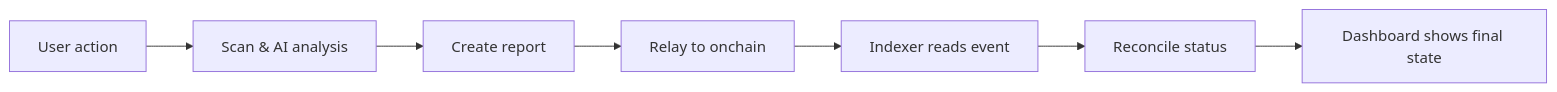
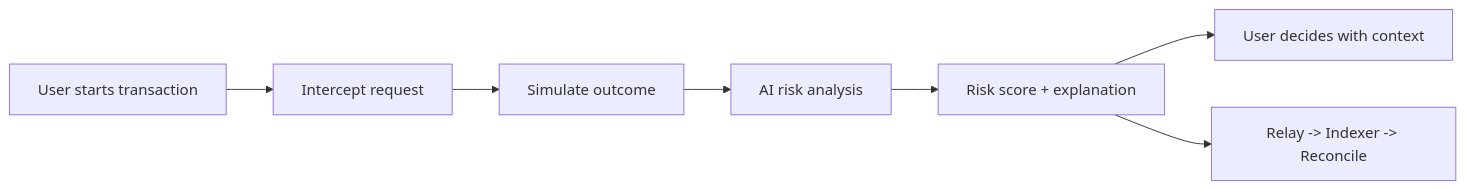
The diagram in docs/index.md (sifix-ai/sifix-docs), drawn with Mermaid before and after one commit. The commit also changed other lines of this file, not shown here.

Commit message:
docs: rewrite homepage index with stronger story, solution, and flow

````diff
--- a/docs/index.md
+++ b/docs/index.md
@@ -46,9 +64,9 @@
 ```mermaid
 flowchart LR
-  U[User action] --> A[Scan & AI analysis]
-  A --> R[Create report]
-  R --> L[Relay to onchain]
-  L --> I[Indexer reads event]
-  I --> C[Reconcile status]
-  C --> D[Dashboard shows final state]
+  U[User starts transaction] --> I[Intercept request]
+  I --> S[Simulate outcome]
+  S --> A[AI risk analysis]
+  A --> R[Risk score + explanation]
+  R --> D[User decides with context]
+  R --> P[Relay -> Indexer -> Reconcile]
 ```
````
